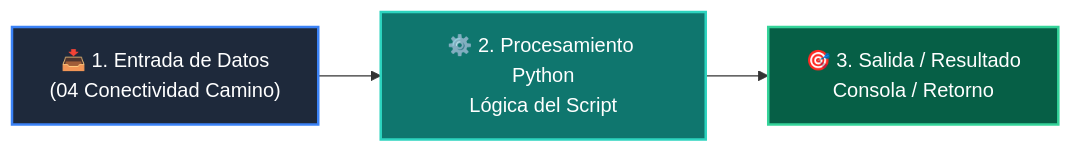
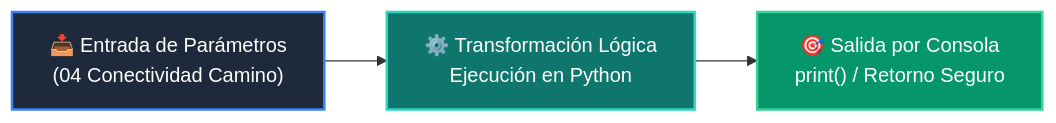
Before and after one commit to wisrovi/wisrovi-python: the diagram in 02-algoritmos-estructuras/clase-07-grafos-y-recorridos/ejemplos/ejemplo_04_conectividad_camino/README.md, drawn with Mermaid. The commit also changed other lines of this file and 226 other files, not shown here.

Commit message:
docs: elevate all repository READMEs to world-class mastery standard with rich pedagogical architecture, custom Mermaids, and professional styling

````diff
--- a/02-algoritmos-estructuras/clase-07-grafos-y-recorridos/ejemplos/ejemplo_04_conectividad_camino/README.md
+++ b/02-algoritmos-estructuras/clase-07-grafos-y-recorridos/ejemplos/ejemplo_04_conectividad_camino/README.md
@@ -12,9 +19,9 @@
 ```mermaid
 flowchart LR
-    A["📥 1. Entrada de Datos<br/>(04 Conectividad Camino)"] --> B["⚙️ 2. Procesamiento Python<br/>Lógica del Script"]
-    B --> C["🎯 3. Salida / Resultado<br/>Consola / Retorno"]
+    A["📥 Entrada de Parámetros<br/>(04 Conectividad Camino)"] --> B["⚙️ Transformación Lógica<br/>Ejecución en Python"]
+    B --> C["🎯 Salida por Consola<br/>print() / Retorno Seguro"]
 
-    style A fill:#1e293b,color:#fff,stroke:#3b82f6,stroke-width:2px
-    style B fill:#0f766e,color:#fff,stroke:#2dd4bf,stroke-width:2px
-    style C fill:#065f46,color:#fff,stroke:#34d399,stroke-width:2px
+    style A fill:#1e293b,color:#ffffff,stroke:#3b82f6,stroke-width:2px
+    style B fill:#0f766e,color:#ffffff,stroke:#2dd4bf,stroke-width:2px
+    style C fill:#059669,color:#ffffff,stroke:#34d399,stroke-width:2px
 ```
````
